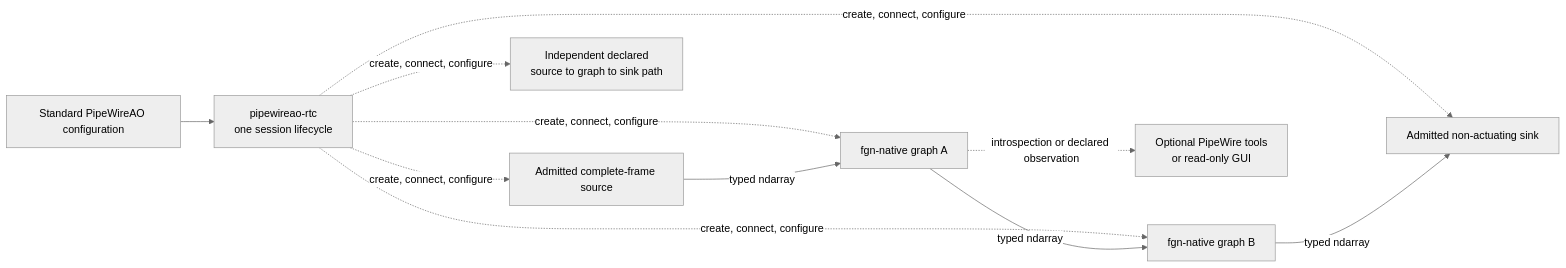
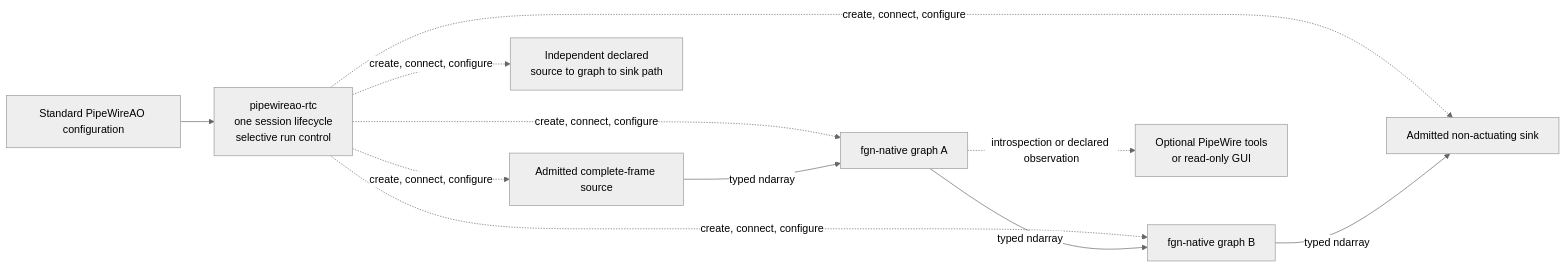
One commit to DarrylGamroth/pipewireao-rtc changed the diagram in docs/architecture.md. Above: the diagram before and after it, drawn with Mermaid (neutral theme). The commit also changed other lines of this file and 20 other files, not shown here.

Commit message:
feat: add selective RTC graph run control

````diff
--- a/docs/architecture.md
+++ b/docs/architecture.md
@@ -93,22 +111,22 @@
 ```mermaid
 flowchart LR
     Config["Standard PipeWireAO configuration"]
-    Runner["pipewireao-rtc<br/>one session lifecycle"]
+    Runner["pipewireao-rtc<br/>one session lifecycle<br/>selective run control"]
     Source["Admitted complete-frame source"]
     GraphA["fgn-native graph A"]
     GraphB["fgn-native graph B"]
     Sink["Admitted non-actuating sink"]
     Parallel["Independent declared<br/>source to graph to sink path"]
     Observer["Optional PipeWire tools<br/>or read-only GUI"]
 
     Config --> Runner
     Runner -.->|create, connect, configure| Source
     Runner -.->|create, connect, configure| GraphA
     Runner -.->|create, connect, configure| GraphB
     Runner -.->|create, connect, configure| Sink
     Runner -.->|create, connect, configure| Parallel
     Source -->|typed ndarray| GraphA
     GraphA -->|typed ndarray| GraphB
     GraphB -->|typed ndarray| Sink
     GraphA -.->|introspection or declared observation| Observer
 ```
````
